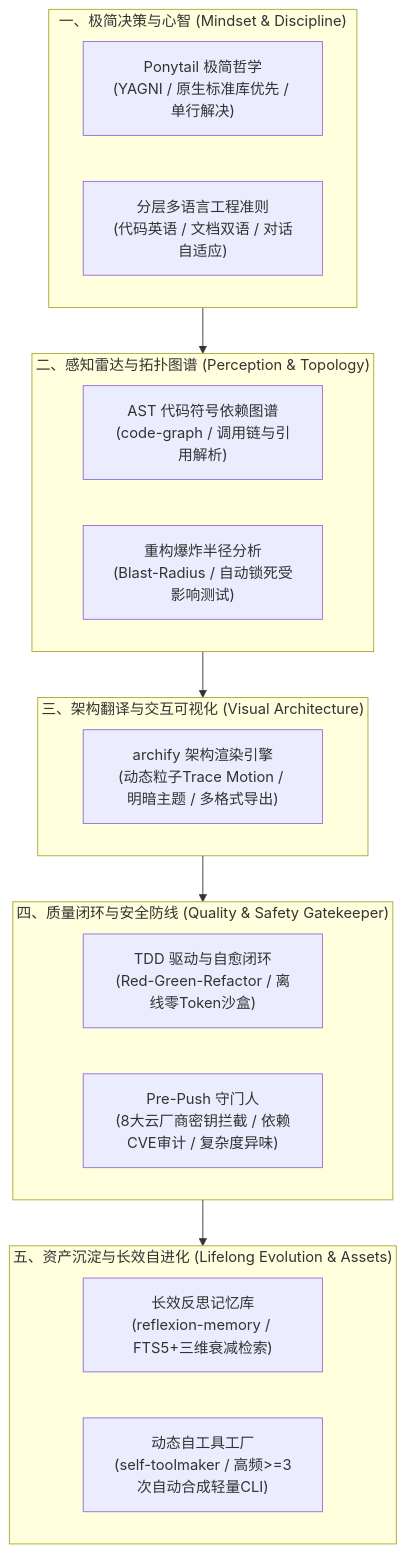
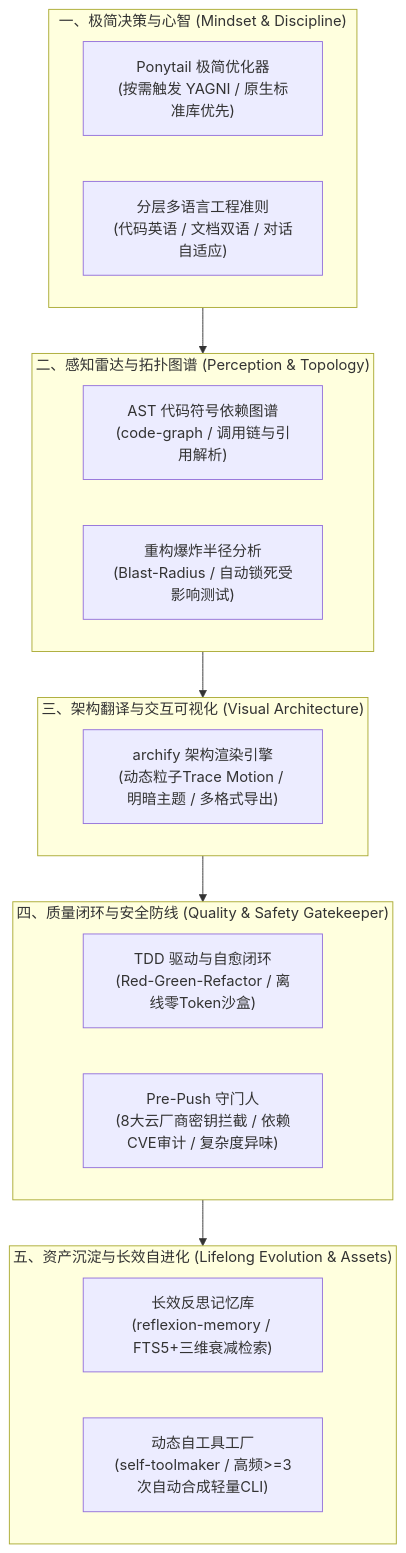
The diagram in README.zh-CN.md (kyledeveloper/my-first-ai-agent), drawn with Mermaid before and after one commit. The commit also changed other lines of this file and 4 other files, not shown here.

````diff
--- a/README.zh-CN.md
+++ b/README.zh-CN.md
@@ -35,31 +35,31 @@
 ```mermaid
 flowchart TB
     subgraph P1["一、极简决策与心智 (Mindset & Discipline)"]
-        PT["Ponytail 极简哲学<br>(YAGNI / 原生标准库优先 / 单行解决)"]
+        PT["Ponytail 极简优化器<br>(按需触发 YAGNI / 原生标准库优先)"]
         LP["分层多语言工程准则<br>(代码英语 / 文档双语 / 对话自适应)"]
     end
 
     subgraph P2["二、感知雷达与拓扑图谱 (Perception & Topology)"]
         CG["AST 代码符号依赖图谱<br>(code-graph / 调用链与引用解析)"]
         BR["重构爆炸半径分析<br>(Blast-Radius / 自动锁死受影响测试)"]
     end
 
     subgraph P3["三、架构翻译与交互可视化 (Visual Architecture)"]
         ARCH["archify 架构渲染引擎<br>(动态粒子Trace Motion / 明暗主题 / 多格式导出)"]
     end
 
     subgraph P4["四、质量闭环与安全防线 (Quality & Safety Gatekeeper)"]
         TDD["TDD 驱动与自愈闭环<br>(Red-Green-Refactor / 离线零Token沙盒)"]
         SEC["Pre-Push 守门人<br>(8大云厂商密钥拦截 / 依赖CVE审计 / 复杂度异味)"]
     end
 
     subgraph P5["五、资产沉淀与长效自进化 (Lifelong Evolution & Assets)"]
         MEM["长效反思记忆库<br>(reflexion-memory / FTS5+三维衰减检索)"]
         STM["动态自工具工厂<br>(self-toolmaker / 高频>=3次自动合成轻量CLI)"]
     end
 
     P1 --> P2
     P2 --> P3
     P3 --> P4
     P4 --> P5
 ```
````
